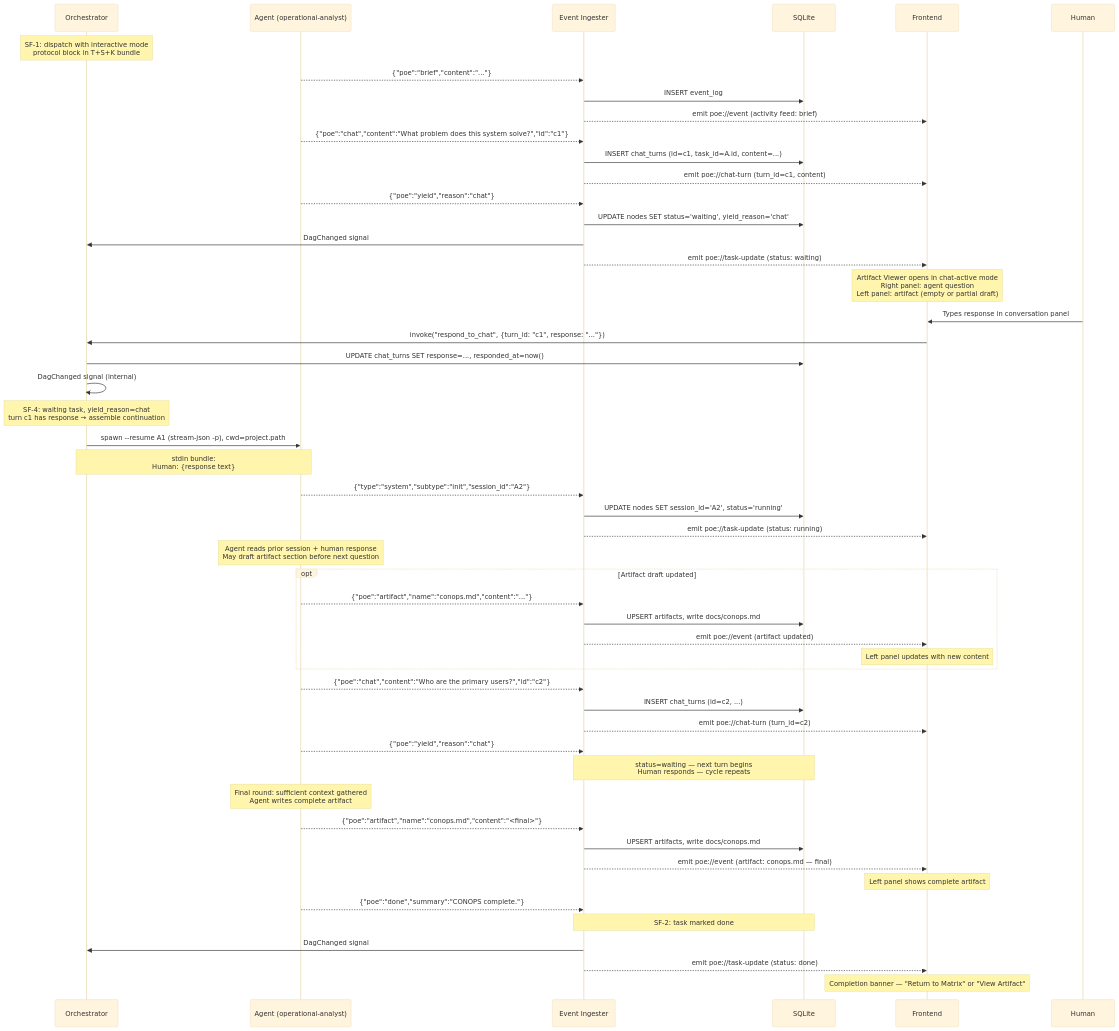
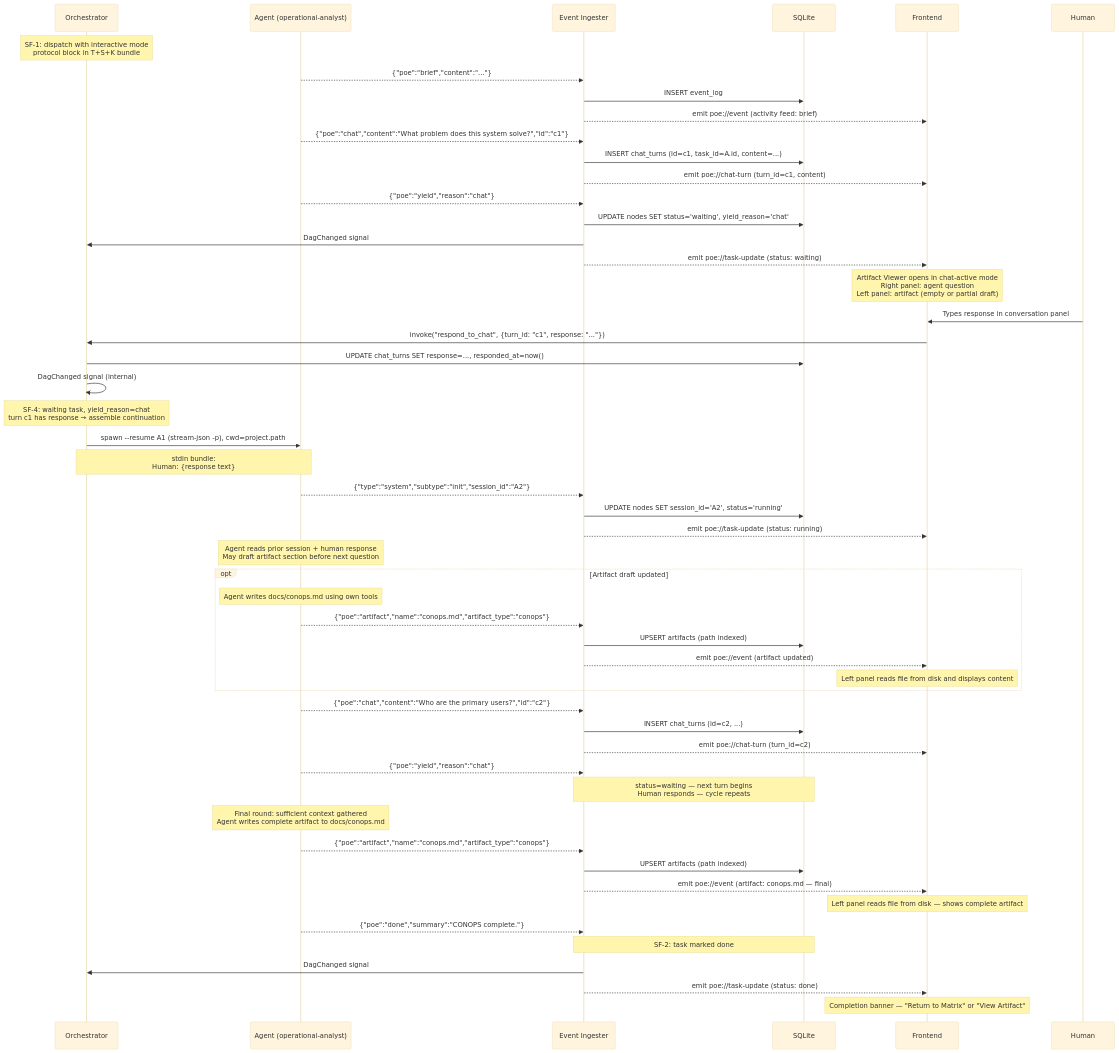
The ninth of 10 diagrams in doc-POE/Flows.md (grant-traynor/bp6), drawn with Mermaid (base theme) before and after one commit. The commit also changed other lines of this file and 3 other files, not shown here.

````diff
--- a/doc-POE/Flows.md
+++ b/doc-POE/Flows.md
@@ -1168,70 +1171,71 @@
 ```mermaid
 sequenceDiagram
     participant Orch as Orchestrator
     participant A as Agent (operational-analyst)
     participant Ing as Event Ingester
     participant DB as SQLite
     participant FE as Frontend
     participant Human as Human
 
     Note over Orch: SF-1: dispatch with interactive mode<br/>protocol block in T+S+K bundle
 
     A-->>Ing: {"poe":"brief","content":"..."}
     Ing->>DB: INSERT event_log
     Ing-->>FE: emit poe://event (activity feed: brief)
 
     A-->>Ing: {"poe":"chat","content":"What problem does this system solve?","id":"c1"}
     Ing->>DB: INSERT chat_turns (id=c1, task_id=A.id, content=...)
     Ing-->>FE: emit poe://chat-turn (turn_id=c1, content)
 
     A-->>Ing: {"poe":"yield","reason":"chat"}
     Ing->>DB: UPDATE nodes SET status='waiting', yield_reason='chat'
     Ing->>Orch: DagChanged signal
     Ing-->>FE: emit poe://task-update (status: waiting)
 
     Note over FE: Artifact Viewer opens in chat-active mode<br/>Right panel: agent question<br/>Left panel: artifact (empty or partial draft)
 
     Human->>FE: Types response in conversation panel
     FE->>Orch: invoke("respond_to_chat", {turn_id: "c1", response: "..."})
 
     Orch->>DB: UPDATE chat_turns SET response=..., responded_at=now()
     Orch->>Orch: DagChanged signal (internal)
 
     Note over Orch: SF-4: waiting task, yield_reason=chat<br/>turn c1 has response → assemble continuation
 
     Orch->>A: spawn --resume A1 (stream-json -p), cwd=project.path
     Note over Orch,A: stdin bundle:<br/>Human: {response text}
 
     A-->>Ing: {"type":"system","subtype":"init","session_id":"A2"}
     Ing->>DB: UPDATE nodes SET session_id='A2', status='running'
     Ing-->>FE: emit poe://task-update (status: running)
 
     Note over A: Agent reads prior session + human response<br/>May draft artifact section before next question
 
     opt Artifact draft updated
-        A-->>Ing: {"poe":"artifact","name":"conops.md","content":"..."}
-        Ing->>DB: UPSERT artifacts, write docs/conops.md
+        Note over A: Agent writes docs/conops.md using own tools
+        A-->>Ing: {"poe":"artifact","name":"conops.md","artifact_type":"conops"}
+        Ing->>DB: UPSERT artifacts (path indexed)
         Ing-->>FE: emit poe://event (artifact updated)
-        Note over FE: Left panel updates with new content
+        Note over FE: Left panel reads file from disk and displays content
     end
 
     A-->>Ing: {"poe":"chat","content":"Who are the primary users?","id":"c2"}
     Ing->>DB: INSERT chat_turns (id=c2, ...)
     Ing-->>FE: emit poe://chat-turn (turn_id=c2)
 
     A-->>Ing: {"poe":"yield","reason":"chat"}
     Note over Ing,DB: status=waiting — next turn begins<br/>Human responds — cycle repeats
 
-    Note over A: Final round: sufficient context gathered<br/>Agent writes complete artifact
+    Note over A: Final round: sufficient context gathered<br/>Agent writes complete artifact to docs/conops.md
 
-    A-->>Ing: {"poe":"artifact","name":"conops.md","content":"<final>"}
-    Ing->>DB: UPSERT artifacts, write docs/conops.md
+    A-->>Ing: {"poe":"artifact","name":"conops.md","artifact_type":"conops"}
+    Ing->>DB: UPSERT artifacts (path indexed)
     Ing-->>FE: emit poe://event (artifact: conops.md — final)
-    Note over FE: Left panel shows complete artifact
+    Note over FE: Left panel reads file from disk — shows complete artifact
 
     A-->>Ing: {"poe":"done","summary":"CONOPS complete."}
     Note over Ing,DB: SF-2: task marked done
     Ing->>Orch: DagChanged signal
     Ing-->>FE: emit poe://task-update (status: done)
     Note over FE: Completion banner — "Return to Matrix" or "View Artifact"
 ```
````
